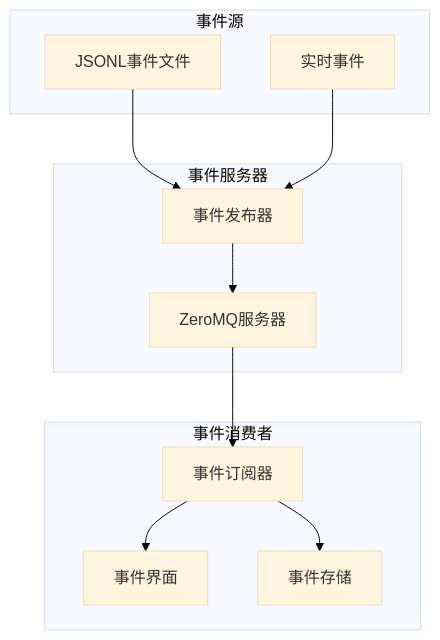
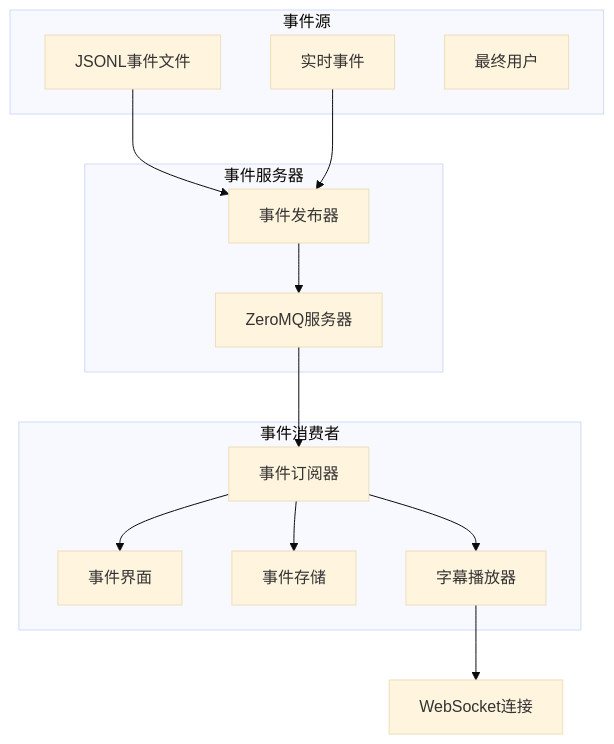
Before and after one commit to 1024dashen/Vue3Speech: the eighth of 13 diagrams in .qoder/repowiki/zh/content/后端服务架构/WebSocket实时处理.md, drawn with Mermaid (base theme). The commit also changed other lines of this file and 7 other files, not shown here.

````diff
--- a/.qoder/repowiki/zh/content/后端服务架构/WebSocket实时处理.md
+++ b/.qoder/repowiki/zh/content/后端服务架构/WebSocket实时处理.md
@@ -351,22 +531,26 @@
 ```mermaid
 graph TB
 subgraph "事件源"
 EventFiles[JSONL事件文件]
 RealEvents[实时事件]
+EndUser[最终用户]
 end
 subgraph "事件服务器"
 ZMQServer[ZeroMQ服务器]
 EventPublisher[事件发布器]
 end
 subgraph "事件消费者"
 EventSubscriber[事件订阅器]
 EventUI[事件界面]
 EventStorage[事件存储]
+SubtitlePlayer[字幕播放器]
 end
 EventFiles --> EventPublisher
 RealEvents --> EventPublisher
 EventPublisher --> ZMQServer
 ZMQServer --> EventSubscriber
 EventSubscriber --> EventUI
 EventSubscriber --> EventStorage
+EventSubscriber --> SubtitlePlayer
+SubtitlePlayer --> WebSocket[WebSocket连接]
 ```
````
